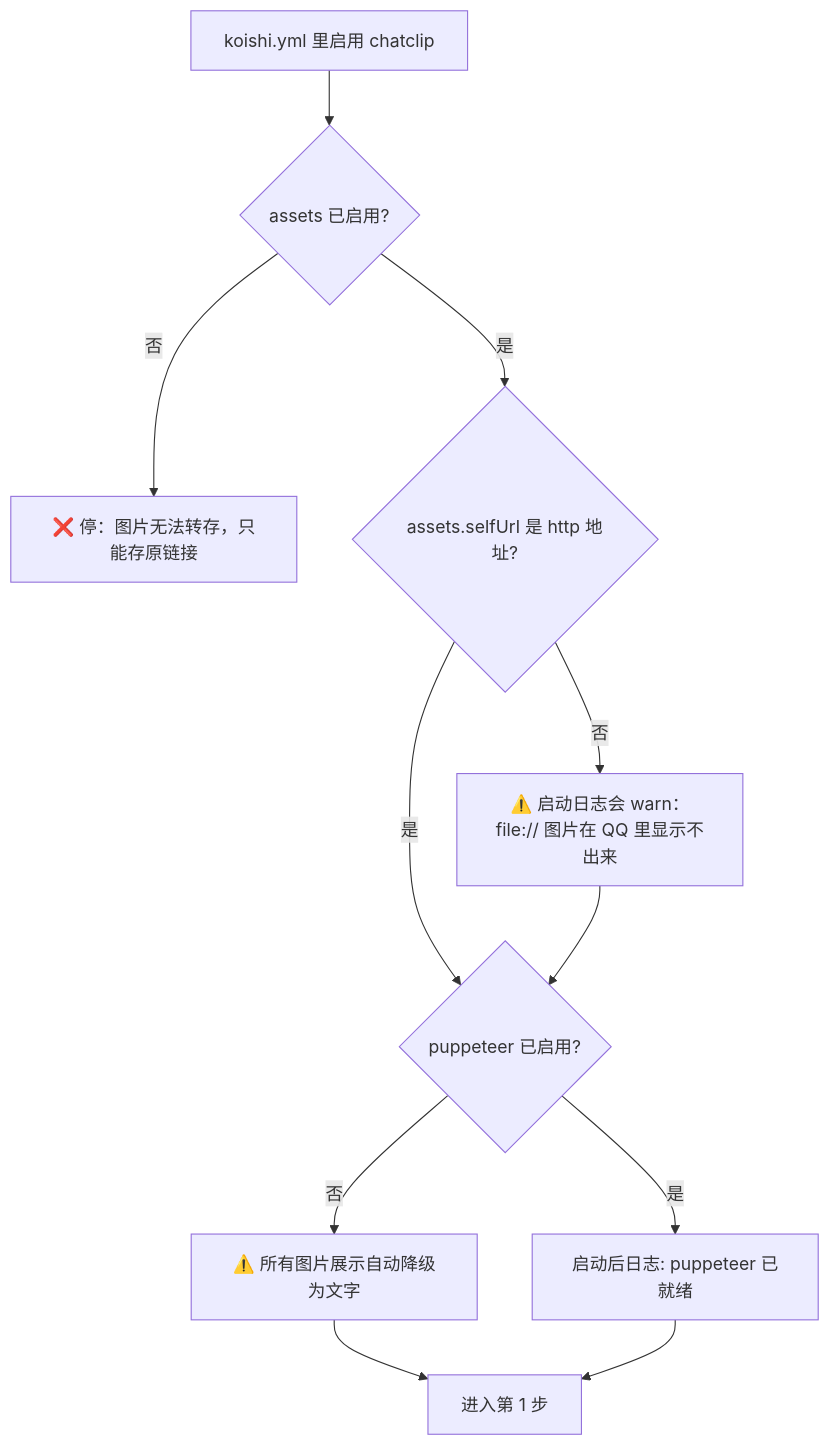
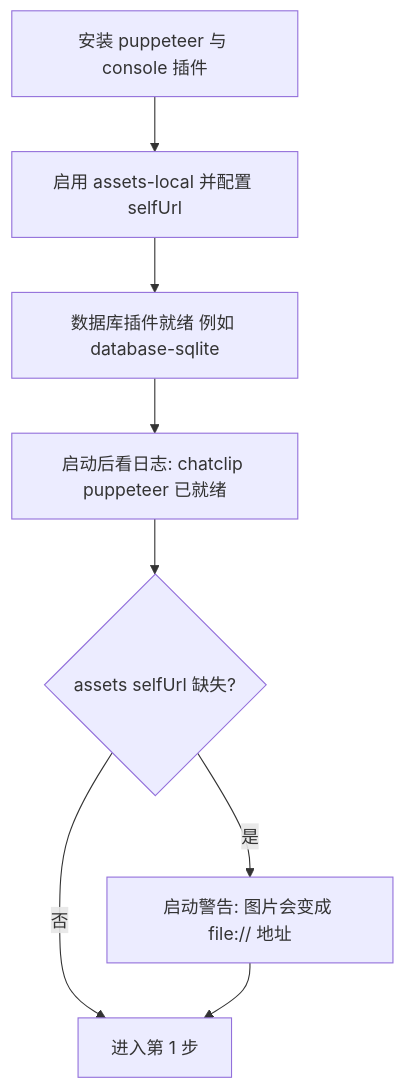
Before and after one commit to zhukongqwq/koishi-plugin-chatclip: the first of 4 diagrams in docs/VERIFY.md, drawn with Mermaid. The commit also changed other lines of this file and 10 other files, not shown here.

````diff
--- a/docs/VERIFY.md
+++ b/docs/VERIFY.md
@@ -8,13 +7,10 @@
 ```mermaid
 flowchart TD
-  P0[koishi.yml 里启用 chatclip] --> P1{assets 已启用?}
-  P1 -- 否 --> E1[❌ 停：图片无法转存，只能存原链接]
-  P1 -- 是 --> P2{assets.selfUrl 是 http 地址?}
-  P2 -- 否 --> W1[⚠️ 启动日志会 warn：file:// 图片在 QQ 里显示不出来]
-  P2 -- 是 --> P3{puppeteer 已启用?}
-  W1 --> P3
-  P3 -- 否 --> W2[⚠️ 所有图片展示自动降级为文字]
-  P3 -- 是 --> P4[启动后日志: puppeteer 已就绪]
-  W2 --> P5[进入第 1 步]
-  P4 --> P5
+  E1[安装 puppeteer 与 console 插件] --> E2[启用 assets-local 并配置 selfUrl]
+  E2 --> E3[数据库插件就绪 例如 database-sqlite]
+  E3 --> E4[启动后看日志: chatclip puppeteer 已就绪]
+  E4 --> E5{assets selfUrl 缺失?}
+  E5 -- 是 --> W1[启动警告: 图片会变成 file:// 地址]
+  E5 -- 否 --> P5[进入第 1 步]
+  W1 --> P5
 ```
````
